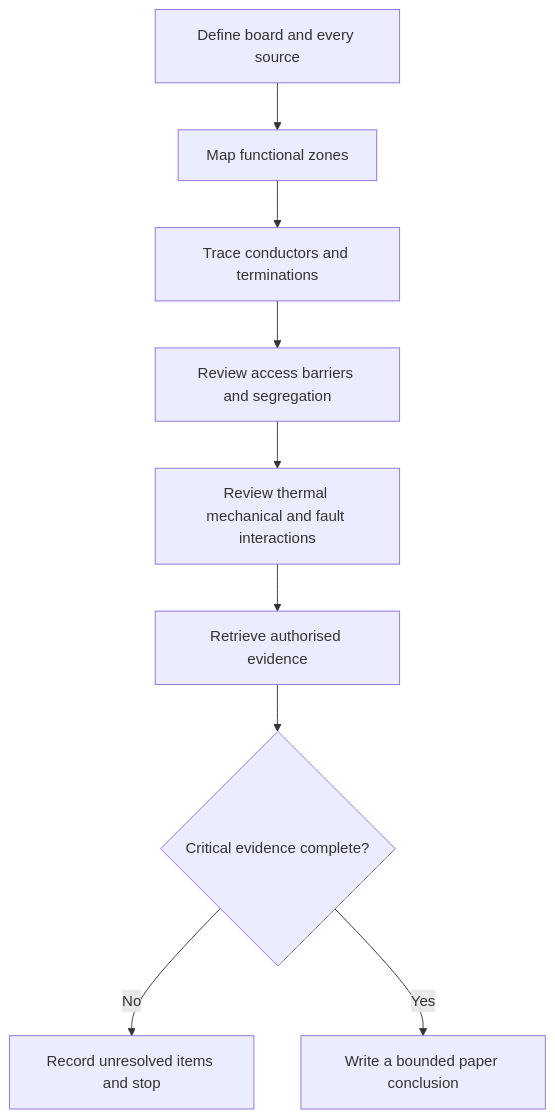
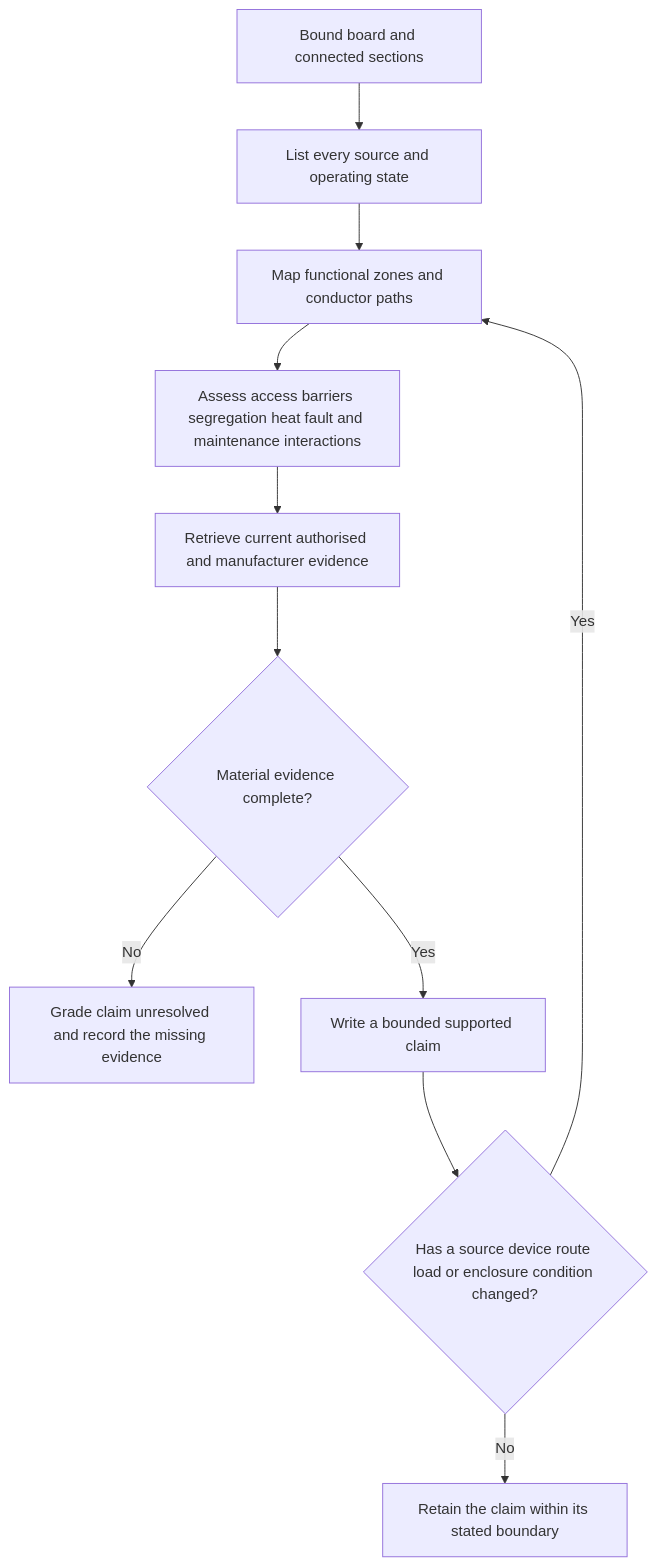
One commit to andrew3stedall/capstone changed the first of 2 diagrams in docs/learning-plans/4-week/modules/day-13b-switchboard-construction-and-arrangements.md. Above: the diagram before and after it, drawn with Mermaid. The commit also changed other lines of this file, not shown here.

````diff
--- a/docs/learning-plans/4-week/modules/day-13b-switchboard-construction-and-arrangements.md
+++ b/docs/learning-plans/4-week/modules/day-13b-switchboard-construction-and-arrangements.md
@@ -104,11 +141,13 @@
 ```mermaid
 flowchart TD
-    A["Define board and every source"] --> B["Map functional zones"]
-    B --> C["Trace conductors and terminations"]
-    C --> D["Review access barriers and segregation"]
-    D --> E["Review thermal mechanical and fault interactions"]
-    E --> F["Retrieve authorised evidence"]
-    F --> G{"Critical evidence complete?"}
-    G -->|"No"| H["Record unresolved items and stop"]
-    G -->|"Yes"| I["Write a bounded paper conclusion"]
+    A["Bound board and connected sections"] --> B["List every source and operating state"]
+    B --> C["Map functional zones and conductor paths"]
+    C --> D["Assess access barriers segregation heat fault and maintenance interactions"]
+    D --> E["Retrieve current authorised and manufacturer evidence"]
+    E --> F{"Material evidence complete?"}
+    F -->|"No"| G["Grade claim unresolved and record the missing evidence"]
+    F -->|"Yes"| H["Write a bounded supported claim"]
+    H --> I{"Has a source device route load or enclosure condition changed?"}
+    I -->|"Yes"| C
+    I -->|"No"| J["Retain the claim within its stated boundary"]
 ```
````
